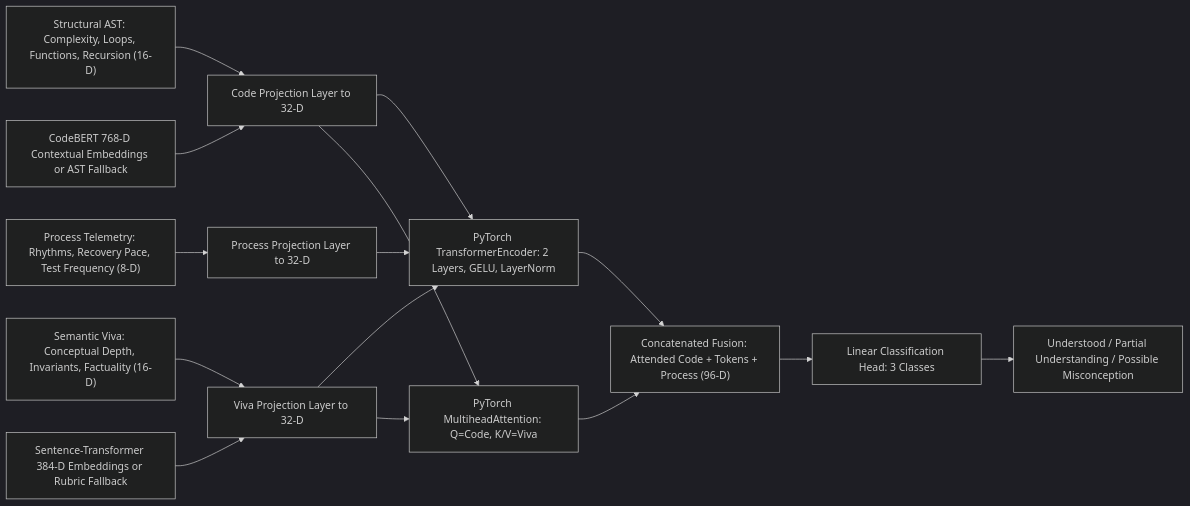
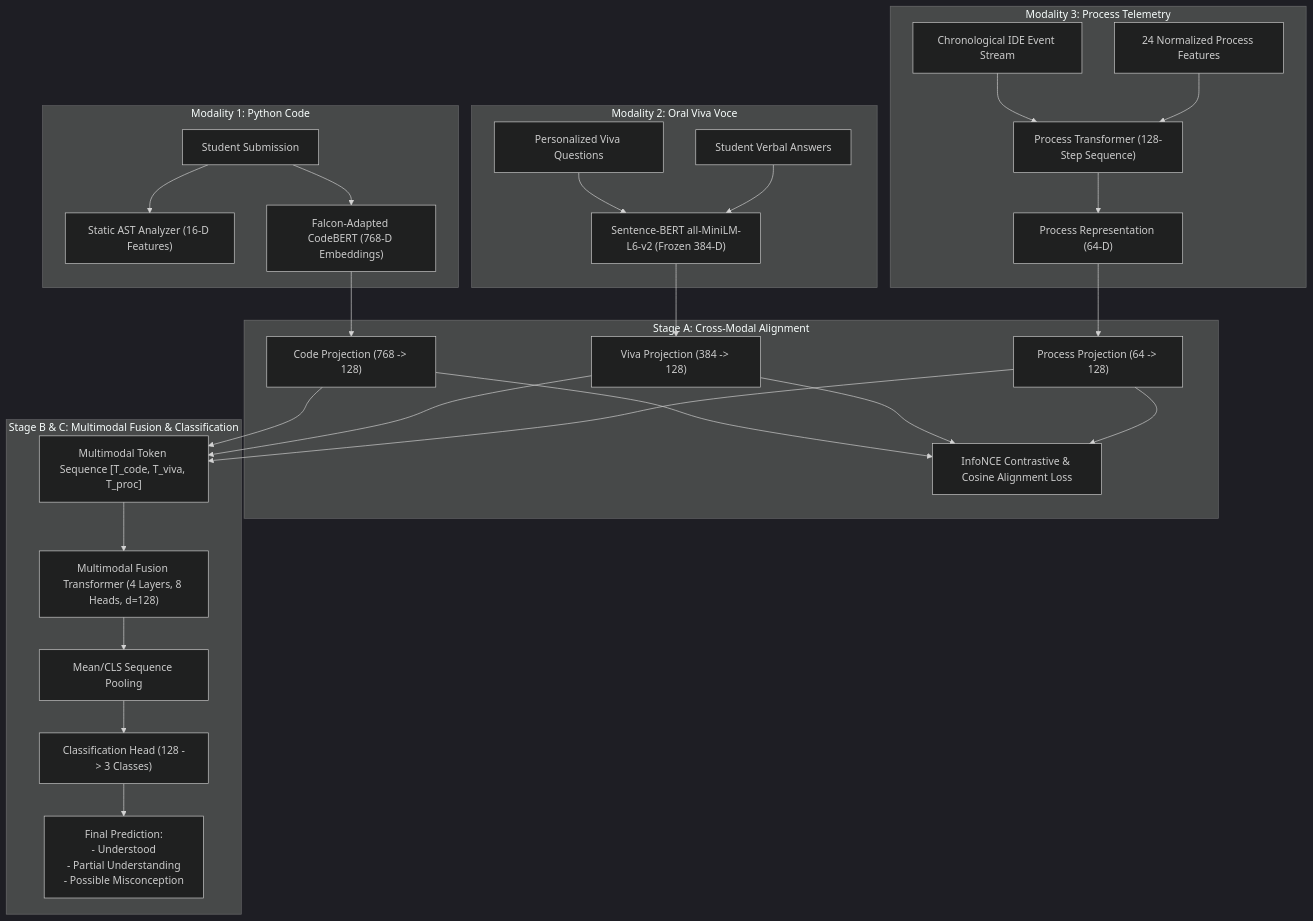
Before and after one commit to arnav-bansal-20/deepmisconception: the diagram in README.md, drawn with Mermaid (dark theme). The commit also changed other lines of this file and 168 other files, not shown here.

````diff
--- a/README.md
+++ b/README.md
@@ -103,26 +59,32 @@
 ```mermaid
-graph LR
-    F_AST["Structural AST: Complexity, Loops, Functions, Recursion (16-D)"]
-    F_VIVA["Semantic Viva: Conceptual Depth, Invariants, Factuality (16-D)"]
-    F_TEL["Process Telemetry: Rhythms, Recovery Pace, Test Frequency (8-D)"]
-    BERT_EMB["CodeBERT 768-D Contextual Embeddings or AST Fallback"]
-    ST_EMB["Sentence-Transformer 384-D Embeddings or Rubric Fallback"]
+flowchart TD
+    subgraph S1["Modality 1: Python Code"]
+        CODE["Student Submission"] --> AST["Static AST Analyzer (16-D Features)"]
+        CODE --> CODEBERT["Falcon-Adapted CodeBERT (768-D Embeddings)"]
+    end
 
-    F_AST --> PROJ_C["Code Projection Layer to 32-D"]
-    BERT_EMB --> PROJ_C
-    F_VIVA --> PROJ_V["Viva Projection Layer to 32-D"]
-    ST_EMB --> PROJ_V
-    F_TEL --> PROJ_P["Process Projection Layer to 32-D"]
+    subgraph S2["Modality 2: Oral Viva Voce"]
+        Q["Personalized Viva Questions"] & A["Student Verbal Answers"] --> SBERT["Sentence-BERT all-MiniLM-L6-v2 (Frozen 384-D)"]
+    end
 
-    PROJ_C --> T_ENC["PyTorch TransformerEncoder: 2 Layers, GELU, LayerNorm"]
-    PROJ_V --> T_ENC
-    PROJ_P --> T_ENC
+    subgraph S3["Modality 3: Process Telemetry"]
+        EVENTS["Chronological IDE Event Stream"] --> PROCTRANS["Process Transformer (128-Step Sequence)"]
+        FEATS["24 Normalized Process Features"] --> PROCTRANS
+        PROCTRANS --> PROCOUT["Process Representation (64-D)"]
+    end
 
-    PROJ_C --> CROSS["PyTorch MultiheadAttention: Q=Code, K/V=Viva"]
-    PROJ_V --> CROSS
+    subgraph ALIGN["Stage A: Cross-Modal Alignment"]
+        CODEBERT --> P_CODE["Code Projection (768 -> 128)"]
+        SBERT --> P_VIVA["Viva Projection (384 -> 128)"]
+        PROCOUT --> P_PROC["Process Projection (64 -> 128)"]
+        P_CODE & P_VIVA & P_PROC --> CONTRAST["InfoNCE Contrastive & Cosine Alignment Loss"]
+    end
 
-    T_ENC --> FUSE["Concatenated Fusion: Attended Code + Tokens + Process (96-D)"]
-    CROSS --> FUSE
-    FUSE --> CLF["Linear Classification Head: 3 Classes"]
-    CLF --> OUT["Understood / Partial Understanding / Possible Misconception"]
+    subgraph FUSION["Stage B & C: Multimodal Fusion & Classification"]
+        P_CODE & P_VIVA & P_PROC --> TOKENS["Multimodal Token Sequence [T_code, T_viva, T_proc]"]
+        TOKENS --> MTR["Multimodal Fusion Transformer (4 Layers, 8 Heads, d=128)"]
+        MTR --> POOL["Mean/CLS Sequence Pooling"]
+        POOL --> HEAD["Classification Head (128 -> 3 Classes)"]
+        HEAD --> DIAG["Final Prediction:\n- Understood\n- Partial Understanding\n- Possible Misconception"]
+    end
 ```
````
